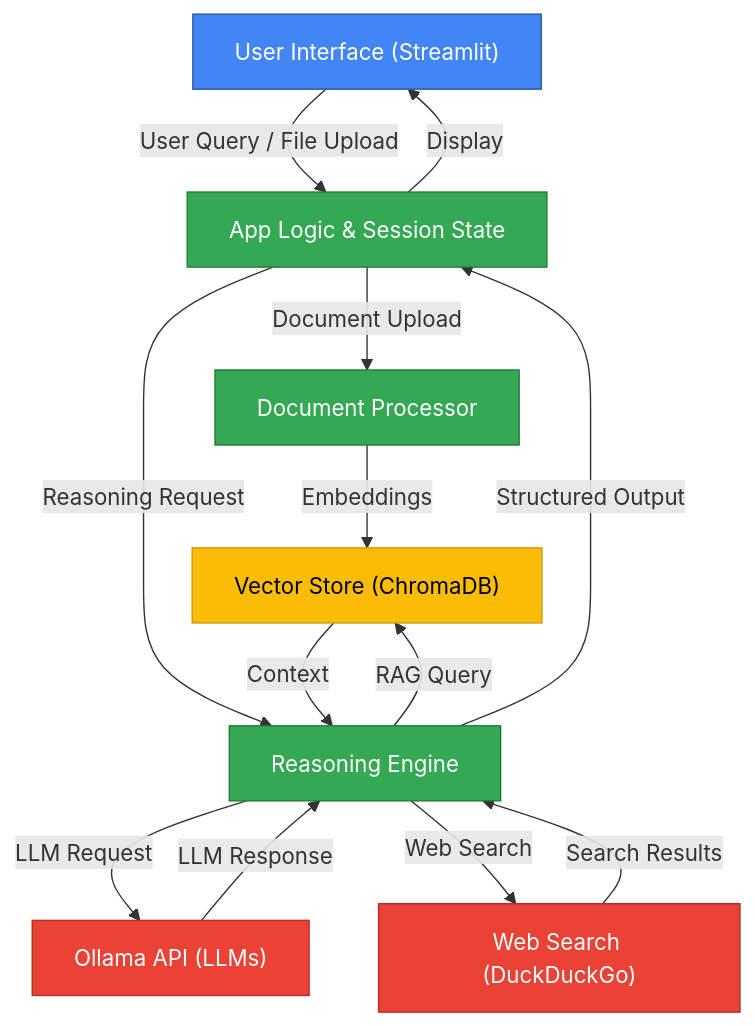
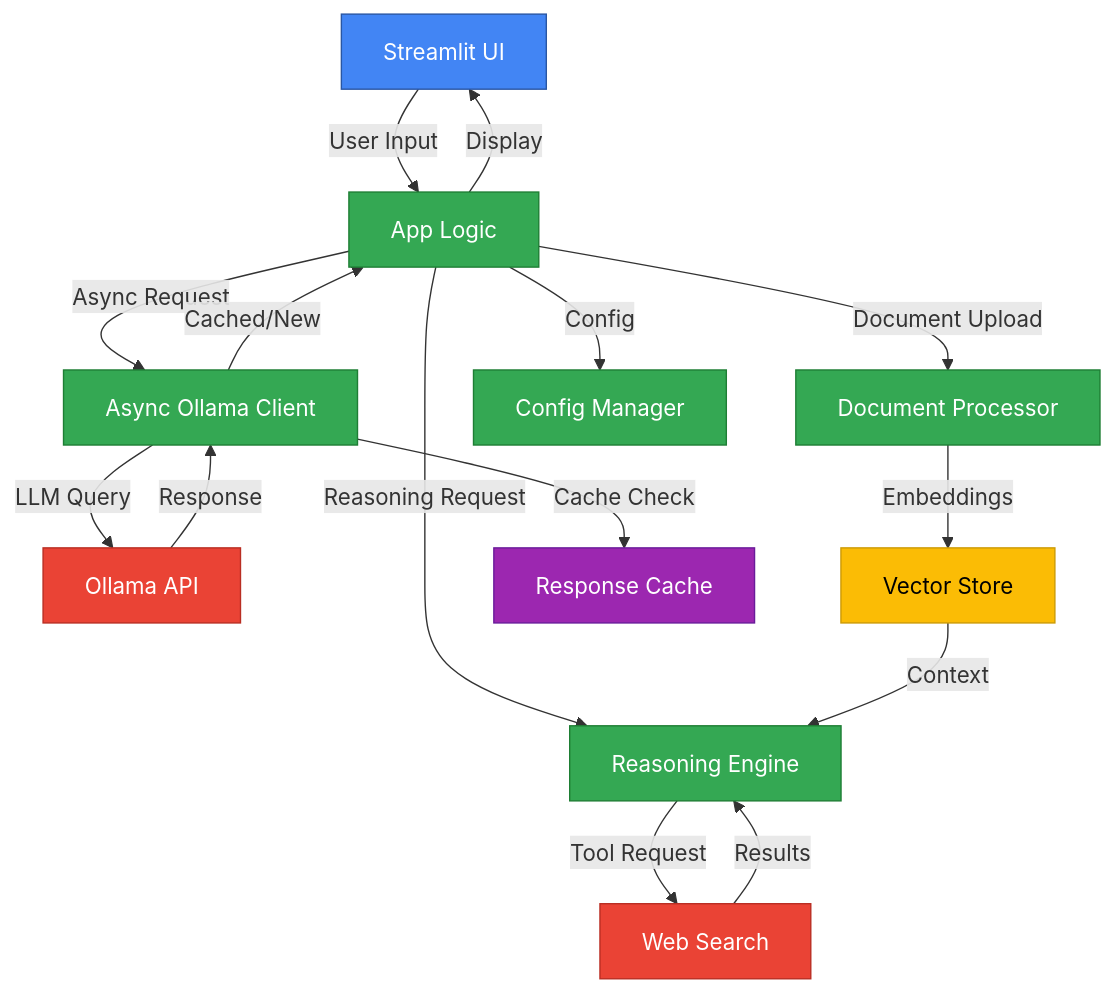
The first of 6 diagrams in README.md (khaosans/basic-chat), drawn with Mermaid before and after one commit. The commit also changed other lines of this file and 17 other files, not shown here.

Commit message:
feat: Add utility modules and configuration management - Introduce utility functions for caching and async operations - Implement AppConfig for environment-based configuration - Update requirements for performance improvements - Enhance test coverage for caching and configuration

````diff
--- a/README.md
+++ b/README.md
@@ -42,28 +36,34 @@
 ```mermaid
 graph TD
     classDef ui fill:#4285f4,stroke:#2956a3,color:white
     classDef logic fill:#34a853,stroke:#1e7e34,color:white
     classDef model fill:#ea4335,stroke:#b92d22,color:white
     classDef storage fill:#fbbc05,stroke:#cc9a04,color:black
+    classDef cache fill:#9c27b0,stroke:#6a1b9a,color:white
 
-    A["User Interface (Streamlit)"]:::ui
-    B["App Logic & Session State"]:::logic
-    C["Document Processor"]:::logic
+    A["Streamlit UI"]:::ui
+    B["App Logic"]:::logic
+    C["Async Ollama Client"]:::logic
     D["Reasoning Engine"]:::logic
-    E["Ollama API (LLMs)"]:::model
-    F["Web Search (DuckDuckGo)"]:::model
-    G["Vector Store (ChromaDB)"]:::storage
+    E["Document Processor"]:::logic
+    F["Ollama API"]:::model
+    G["Web Search"]:::model
+    H["Vector Store"]:::storage
+    I["Response Cache"]:::cache
+    J["Config Manager"]:::logic
 
-    A -->|User Query / File Upload| B
-    B -->|Document Upload| C
+    A -->|User Input| B
+    B -->|Async Request| C
     B -->|Reasoning Request| D
-    C -->|Embeddings| G
-    D -->|RAG Query| G
-    D -->|LLM Request| E
-    D -->|Web Search| F
-    E -->|LLM Response| D
-    F -->|Search Results| D
-    G -->|Context| D
-    D -->|Structured Output| B
+    B -->|Document Upload| E
+    C -->|LLM Query| F
+    D -->|Tool Request| G
+    E -->|Embeddings| H
+    C -->|Cache Check| I
+    B -->|Config| J
+    F -->|Response| C
+    G -->|Results| D
+    H -->|Context| D
+    C -->|Cached/New| B
     B -->|Display| A
 ```
````
